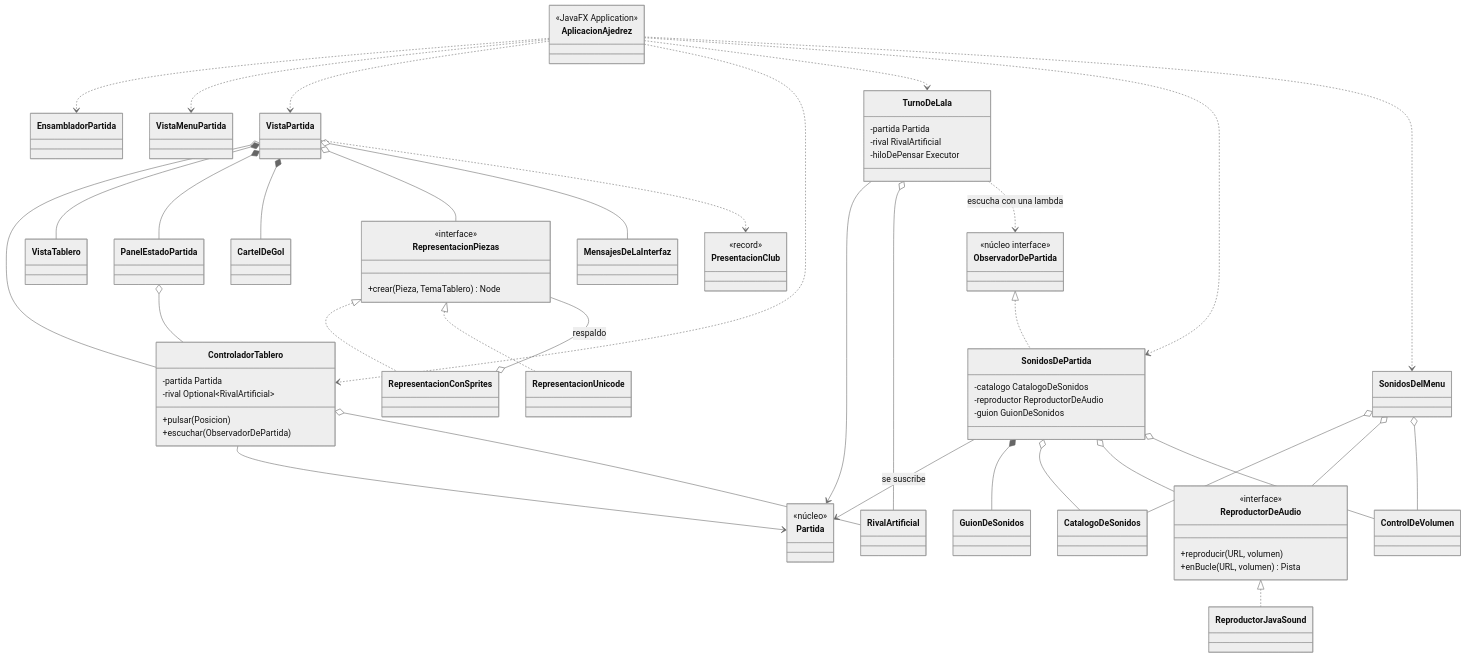
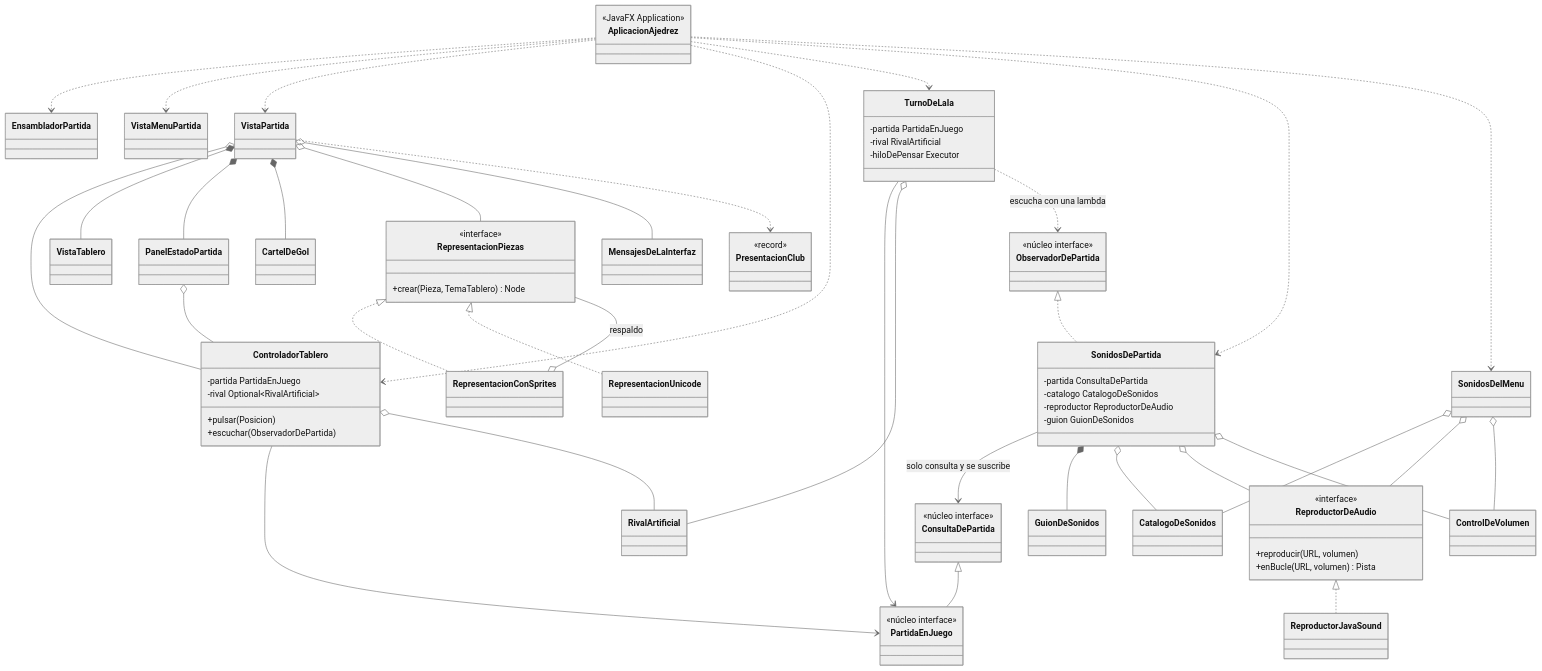
Before and after one commit to JoaquinIgnacioCampos/Chiquichess: the second of 2 diagrams in docs/uml/07-adaptadores.md, drawn with Mermaid (neutral theme). The commit also changed other lines of this file and 31 other files, not shown here.

```diff
--- a/docs/uml/07-adaptadores.md
+++ b/docs/uml/07-adaptadores.md
@@ -102,8 +111,11 @@
 classDiagram
     direction TB
 
-    class Partida {
-        <<núcleo>>
+    class PartidaEnJuego {
+        <<núcleo interface>>
+    }
+    class ConsultaDePartida {
+        <<núcleo interface>>
     }
     class ObservadorDePartida {
         <<núcleo interface>>
@@ -117,7 +129,7 @@
     class VistaMenuPartida
     class VistaPartida
     class ControladorTablero {
-        -partida Partida
+        -partida PartidaEnJuego
         -rival Optional~RivalArtificial~
         +pulsar(Posicion)
         +escuchar(ObservadorDePartida)
@@ -127,7 +139,7 @@
     class CartelDeGol
     class MensajesDeLaInterfaz
     class TurnoDeLaIa {
-        -partida Partida
+        -partida PartidaEnJuego
         -rival RivalArtificial
         -hiloDePensar Executor
     }
@@ -142,6 +154,7 @@
     }
 
     class SonidosDePartida {
+        -partida ConsultaDePartida
         -catalogo CatalogoDeSonidos
         -reproductor ReproductorDeAudio
         -guion GuionDeSonidos
@@ -173,9 +186,9 @@
     VistaPartida o-- MensajesDeLaInterfaz
     VistaPartida ..> PresentacionClub
     PanelEstadoPartida o-- ControladorTablero
-    ControladorTablero --> Partida
+    ControladorTablero --> PartidaEnJuego
     ControladorTablero o-- RivalArtificial
-    TurnoDeLaIa --> Partida
+    TurnoDeLaIa --> PartidaEnJuego
     TurnoDeLaIa o-- RivalArtificial
     TurnoDeLaIa ..> ObservadorDePartida : escucha con una lambda
     RepresentacionPiezas <|.. RepresentacionConSprites
@@ -183,7 +196,8 @@
     RepresentacionConSprites o-- RepresentacionPiezas : respaldo
 
     ObservadorDePartida <|.. SonidosDePartida
-    SonidosDePartida --> Partida : se suscribe
+    SonidosDePartida --> ConsultaDePartida : solo consulta y se suscribe
+    ConsultaDePartida <|-- PartidaEnJuego
     SonidosDePartida *-- GuionDeSonidos
     SonidosDePartida o-- CatalogoDeSonidos
     SonidosDePartida o-- ReproductorDeAudio
```
